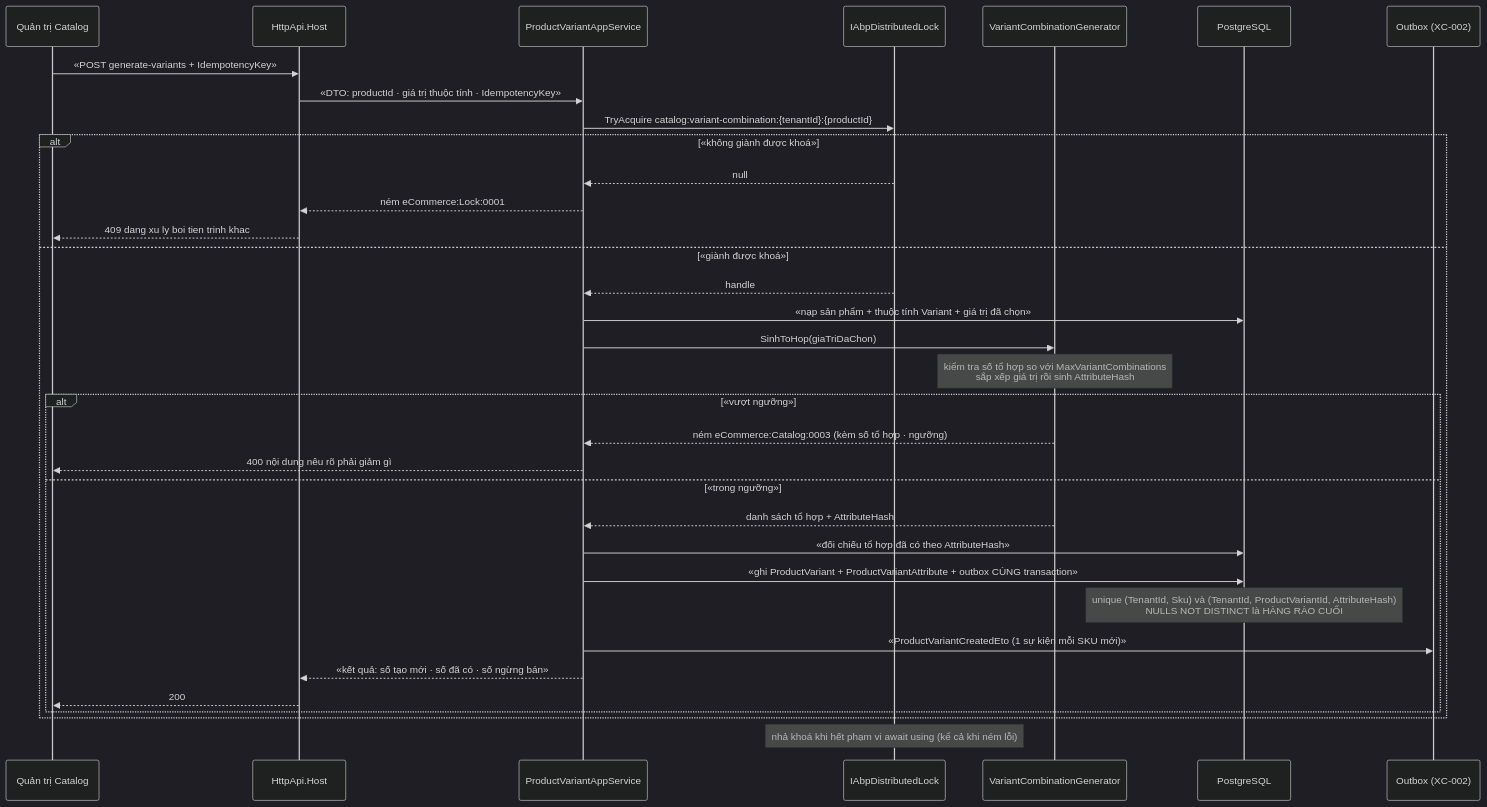
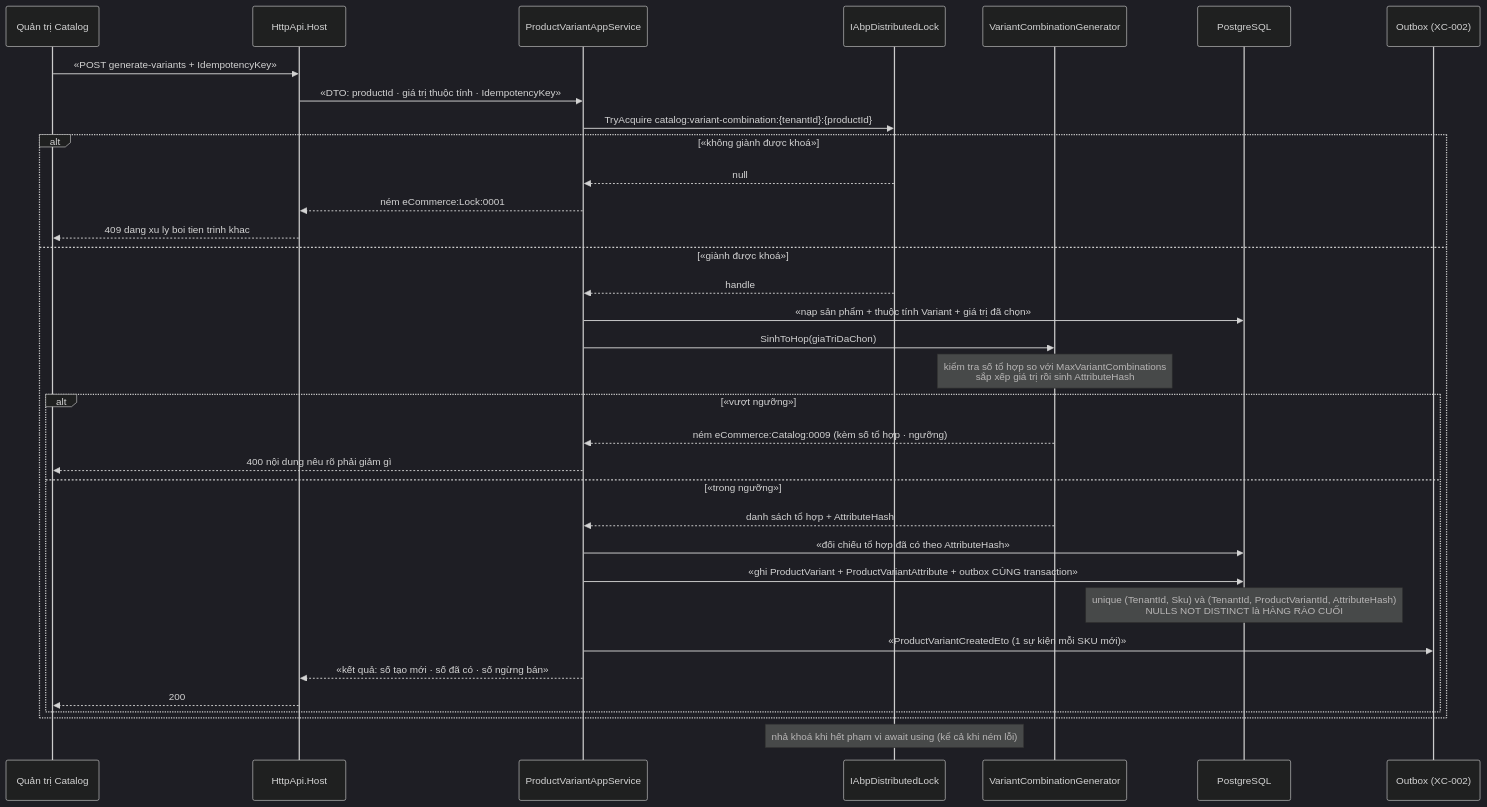
One commit to hungnt9801/eCommerce changed the third of 3 diagrams in docs/features/cat-002-cay-danh-muc-thuoc-tinh-bien-the.md. Above: the diagram before and after it, drawn with Mermaid (dark theme). The commit also changed other lines of this file and 8 other files, not shown here.

````diff
--- a/docs/features/cat-002-cay-danh-muc-thuoc-tinh-bien-the.md
+++ b/docs/features/cat-002-cay-danh-muc-thuoc-tinh-bien-the.md
@@ -204,37 +204,37 @@
 ```mermaid
 sequenceDiagram
     participant U as Quản trị Catalog
     participant API as HttpApi.Host
     participant APP as ProductVariantAppService
     participant LCK as IAbpDistributedLock
     participant DOM as VariantCombinationGenerator
     participant DB as PostgreSQL
     participant BUS as Outbox (XC-002)
 
     U->>API: «POST generate-variants + IdempotencyKey»
     API->>APP: «DTO: productId · giá trị thuộc tính · IdempotencyKey»
     APP->>LCK: TryAcquire catalog:variant-combination:{tenantId}:{productId}
     alt «không giành được khoá»
         LCK-->>APP: null
         APP-->>API: ném eCommerce:Lock:0001
         API-->>U: 409 dang xu ly boi tien trinh khac
     else «giành được khoá»
         LCK-->>APP: handle
         APP->>DB: «nạp sản phẩm + thuộc tính Variant + giá trị đã chọn»
         APP->>DOM: SinhToHop(giaTriDaChon)
         Note over DOM: kiểm tra số tổ hợp so với MaxVariantCombinations<br/>sắp xếp giá trị rồi sinh AttributeHash
         alt «vượt ngưỡng»
-            DOM-->>APP: ném eCommerce:Catalog:0003 (kèm số tổ hợp · ngưỡng)
+            DOM-->>APP: ném eCommerce:Catalog:0009 (kèm số tổ hợp · ngưỡng)
             APP-->>U: 400 nội dung nêu rõ phải giảm gì
         else «trong ngưỡng»
             DOM-->>APP: danh sách tổ hợp + AttributeHash
             APP->>DB: «đối chiếu tổ hợp đã có theo AttributeHash»
             APP->>DB: «ghi ProductVariant + ProductVariantAttribute + outbox CÙNG transaction»
             Note over DB: unique (TenantId, Sku) và (TenantId, ProductVariantId, AttributeHash)<br/>NULLS NOT DISTINCT là HÀNG RÀO CUỐI
             APP->>BUS: «ProductVariantCreatedEto (1 sự kiện mỗi SKU mới)»
             APP-->>API: «kết quả: số tạo mới · số đã có · số ngừng bán»
             API-->>U: 200
         end
     end
     Note over LCK: nhả khoá khi hết phạm vi await using (kể cả khi ném lỗi)
 ```
````
